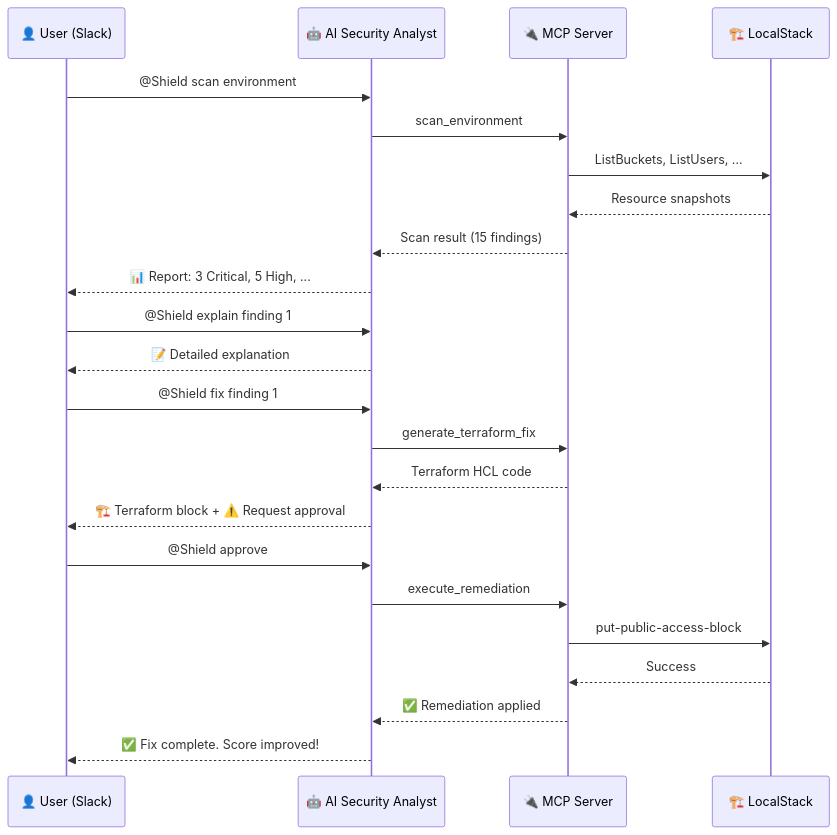
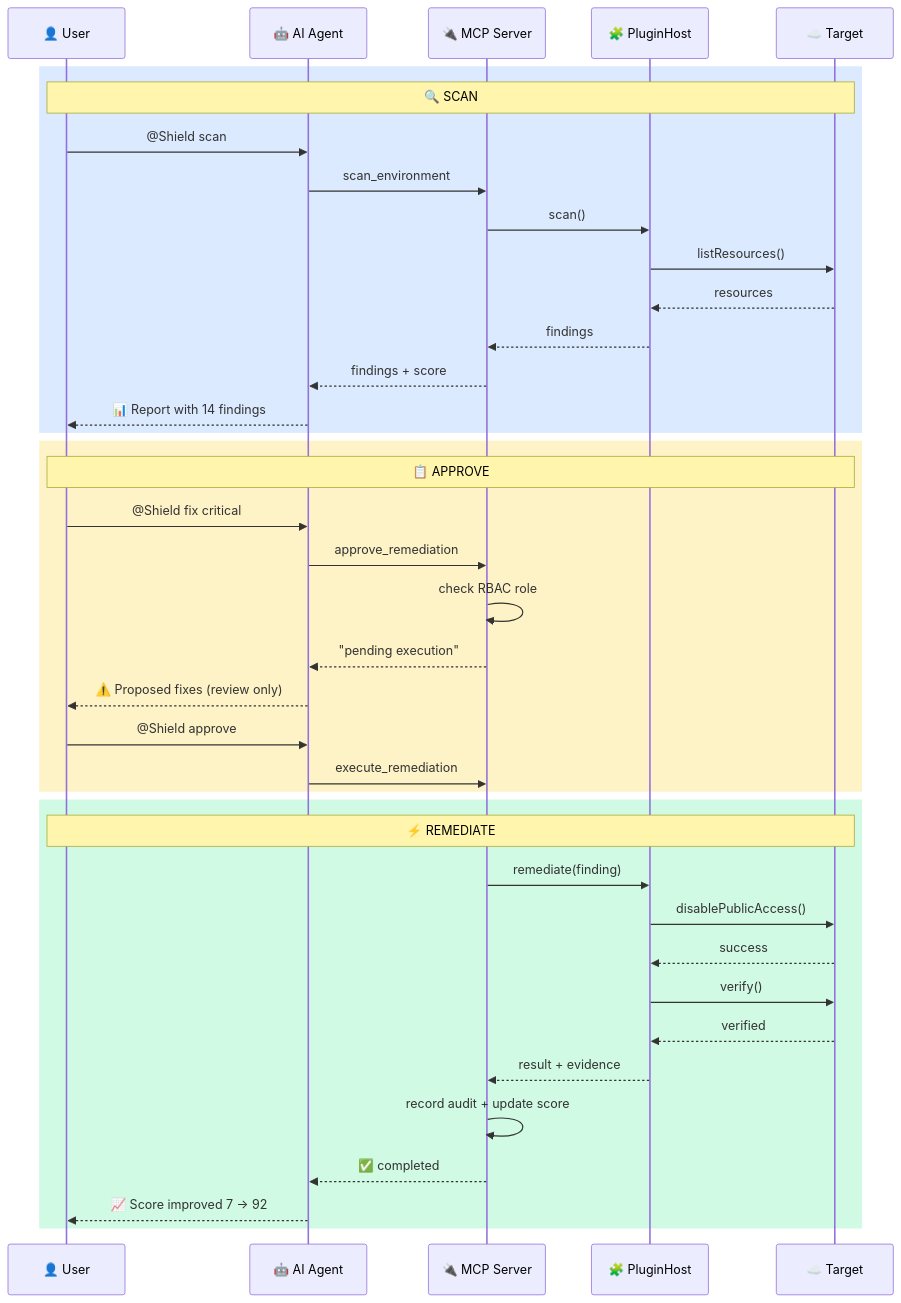
One commit to akintunero/mcpshield changed the diagram in docs/diagrams/approval-workflow.mmd. Above: the diagram before and after it, drawn with Mermaid. The commit also changed 170 other files, not shown here.

```diff
--- a/docs/diagrams/approval-workflow.mmd
+++ b/docs/diagrams/approval-workflow.mmd
@@ -1,23 +1,42 @@
 sequenceDiagram
-    participant U as 👤 User (Slack)
-    participant AI as 🤖 AI Security Analyst
+    participant User as 👤 User
+    participant AI as 🤖 AI Agent
     participant MCP as 🔌 MCP Server
-    participant LS as 🏗️ LocalStack
-    U->>AI: @Shield scan environment
-    AI->>MCP: scan_environment
-    MCP->>LS: ListBuckets, ListUsers, ...
-    LS-->>MCP: Resource snapshots
-    MCP-->>AI: Scan result (15 findings)
-    AI-->>U: 📊 Report: 3 Critical, 5 High, ...
-    U->>AI: @Shield explain finding 1
-    AI-->>U: 📝 Detailed explanation
-    U->>AI: @Shield fix finding 1
-    AI->>MCP: generate_terraform_fix
-    MCP-->>AI: Terraform HCL code
-    AI-->>U: 🏗️ Terraform block + ⚠️ Request approval
-    U->>AI: @Shield approve
-    AI->>MCP: execute_remediation
-    MCP->>LS: put-public-access-block
-    LS-->>MCP: Success
-    MCP-->>AI: ✅ Remediation applied
-    AI-->>U: ✅ Fix complete. Score improved!
+    participant Plugin as 🧩 PluginHost
+    participant Target as ☁️ Target
+
+    rect rgb(219, 234, 254)
+        Note over User,Target: 🔍 SCAN
+        User->>AI: @Shield scan
+        AI->>MCP: scan_environment
+        MCP->>Plugin: scan()
+        Plugin->>Target: listResources()
+        Target-->>Plugin: resources
+        Plugin-->>MCP: findings
+        MCP-->>AI: findings + score
+        AI-->>User: 📊 Report with 14 findings
+    end
+
+    rect rgb(254, 243, 199)
+        Note over User,Target: 📋 APPROVE
+        User->>AI: @Shield fix critical
+        AI->>MCP: approve_remediation
+        MCP->>MCP: check RBAC role
+        MCP-->>AI: "pending execution"
+        AI-->>User: ⚠️ Proposed fixes (review only)
+        User->>AI: @Shield approve
+        AI->>MCP: execute_remediation
+    end
+
+    rect rgb(209, 250, 229)
+        Note over User,Target: ⚡ REMEDIATE
+        MCP->>Plugin: remediate(finding)
+        Plugin->>Target: disablePublicAccess()
+        Target-->>Plugin: success
+        Plugin->>Target: verify()
+        Target-->>Plugin: verified
+        Plugin-->>MCP: result + evidence
+        MCP->>MCP: record audit + update score
+        MCP-->>AI: ✅ completed
+        AI-->>User: 📈 Score improved 7 → 92
+    end
```
